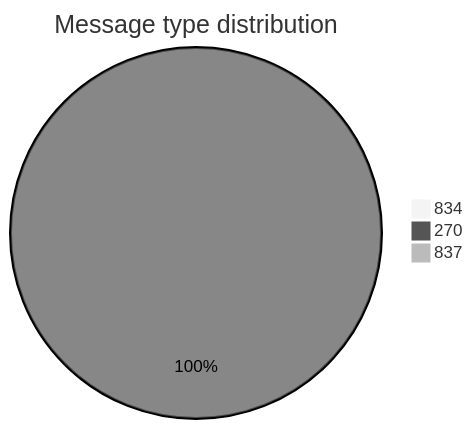
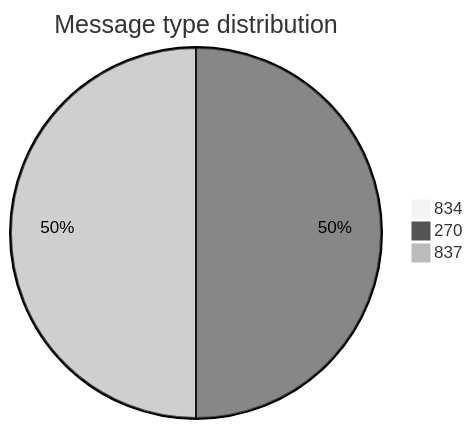
Before and after one commit to dhagan-va/intern-2025: the first of 10 diagrams in test-tools/DataGen/src/Statistics_Visualizer.md, drawn with Mermaid (neutral theme). The commit also changed other lines of this file and 6 other files, not shown here.

````diff
--- a/test-tools/DataGen/src/Statistics_Visualizer.md
+++ b/test-tools/DataGen/src/Statistics_Visualizer.md
@@ -18,6 +18,6 @@
 ```mermaid
 pie title Message type distribution
     "834" : 0
-    "270" : 10000
-    "837" : 0
+    "270" : 100
+    "837" : 100
 ```
````
